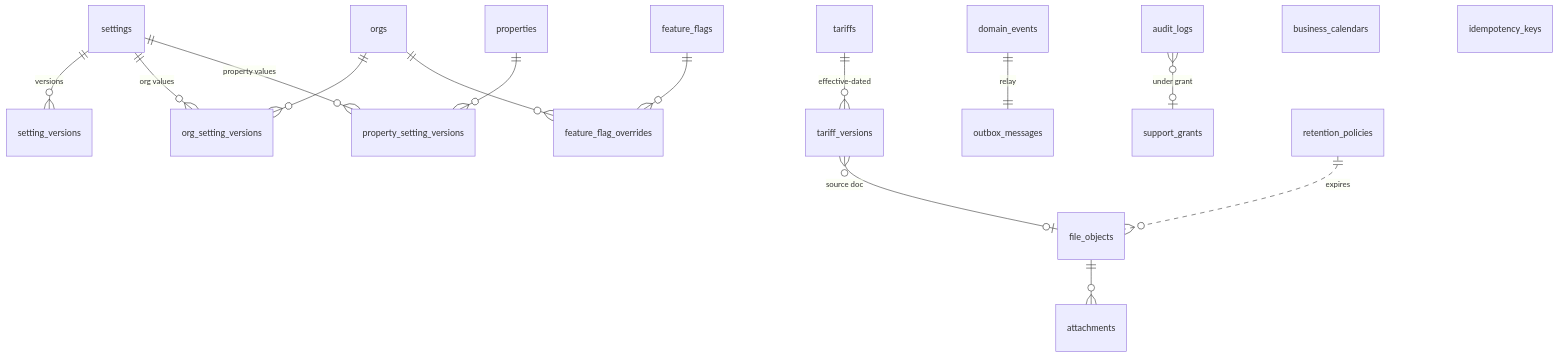
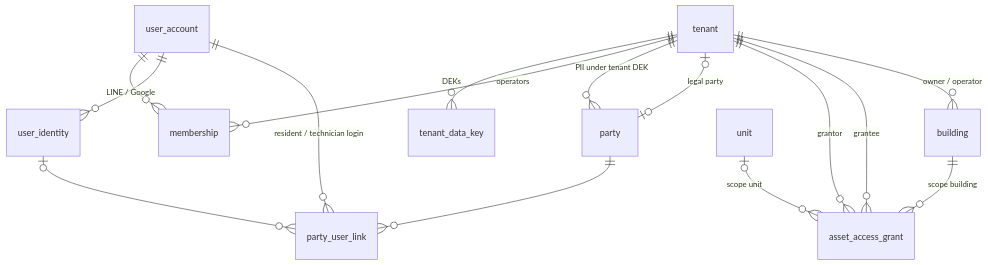
One commit to Collective-Group-Thailand/getproperty-api changed the first of 13 diagrams in docs/schema-design.md. Above: the diagram before and after it, drawn with Mermaid. The commit also changed other lines of this file, not shown here.

First line of the commit message:
docs(schema): schema design v2 — neutral asset core, six schemas, RLS (D-150–D-161)

````diff
--- a/docs/schema-design.md
+++ b/docs/schema-design.md
@@ -1021,18 +1092,17 @@
 ```mermaid
 erDiagram
-  settings ||--o{ setting_versions : "versions"
-  settings ||--o{ org_setting_versions : "org values"
-  settings ||--o{ property_setting_versions : "property values"
-  orgs ||--o{ org_setting_versions : ""
-  properties ||--o{ property_setting_versions : ""
-  feature_flags ||--o{ feature_flag_overrides : ""
-  orgs ||--o{ feature_flag_overrides : ""
-  tariffs ||--o{ tariff_versions : "effective-dated"
-  file_objects ||--o{ attachments : ""
-  tariff_versions }o--o| file_objects : "source doc"
-  domain_events ||--|| outbox_messages : "relay"
-  audit_logs }o--o| support_grants : "under grant"
-  retention_policies ||..o{ file_objects : "expires"
-  business_calendars
-  idempotency_keys
+  tenant ||--o{ tenant_data_key : "DEKs"
+  tenant ||--o{ membership : "operators"
+  user_account ||--o{ membership : ""
+  user_account ||--o{ user_identity : "LINE / Google"
+  tenant ||--o{ party : "PII under tenant DEK"
+  tenant |o--o| party : "legal party"
+  party ||--o{ party_user_link : ""
+  user_account ||--o{ party_user_link : "resident / technician login"
+  user_identity |o--o{ party_user_link : ""
+  tenant ||--o{ asset_access_grant : "grantor"
+  tenant ||--o{ asset_access_grant : "grantee"
+  building ||--o{ asset_access_grant : "scope building"
+  unit |o--o{ asset_access_grant : "scope unit"
+  tenant ||--o{ building : "owner / operator"
 ```
````
